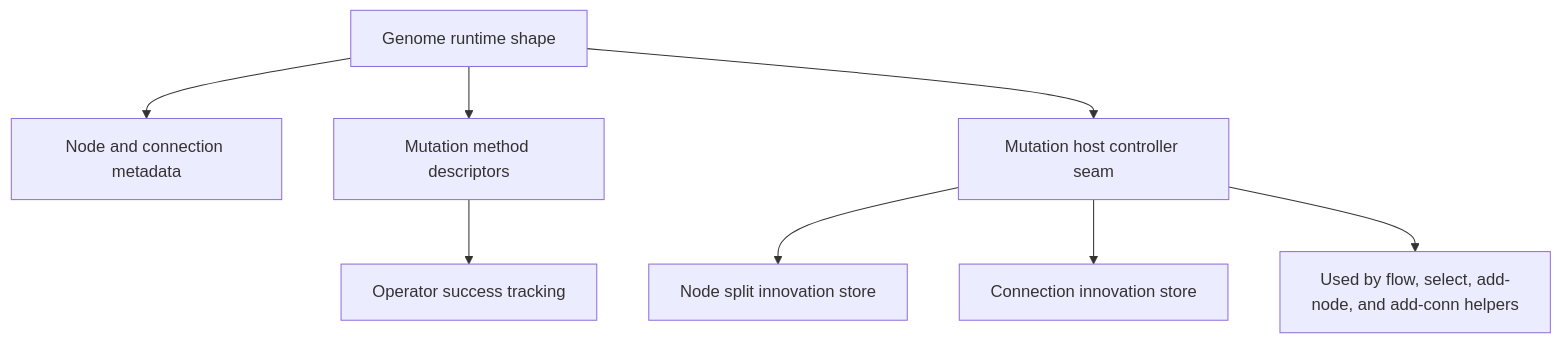
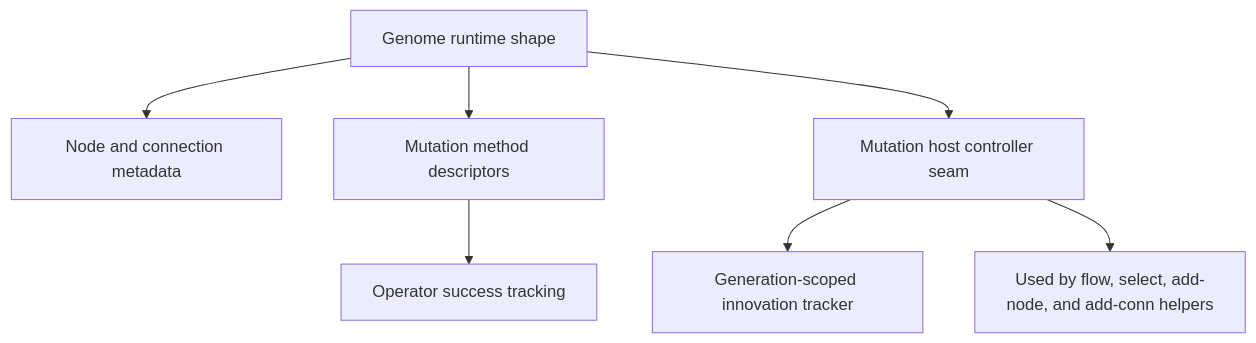
The diagram in src/neat/mutation/shared/README.md (reicek/NeatapticTS), drawn with Mermaid before and after one commit. The commit also changed other lines of this file and 877 other files, not shown here.

Commit message:
NEAT & Preconfigured Architectures MLP LSTM GRU NARX (#39)

````diff
--- a/src/neat/mutation/shared/README.md
+++ b/src/neat/mutation/shared/README.md
@@ -27,10 +27,9 @@
 ```mermaid
 flowchart TD
   Genome[Genome runtime shape] --> Nodes[Node and connection metadata]
   Genome --> Operators[Mutation method descriptors]
   Operators --> Stats[Operator success tracking]
   Genome --> Controller[Mutation host controller seam]
-  Controller --> SplitStore[Node split innovation store]
-  Controller --> ConnStore[Connection innovation store]
+  Controller --> Tracker[Generation-scoped innovation tracker]
   Controller --> Flow[Used by flow, select, add-node, and add-conn helpers]
 ```
````
